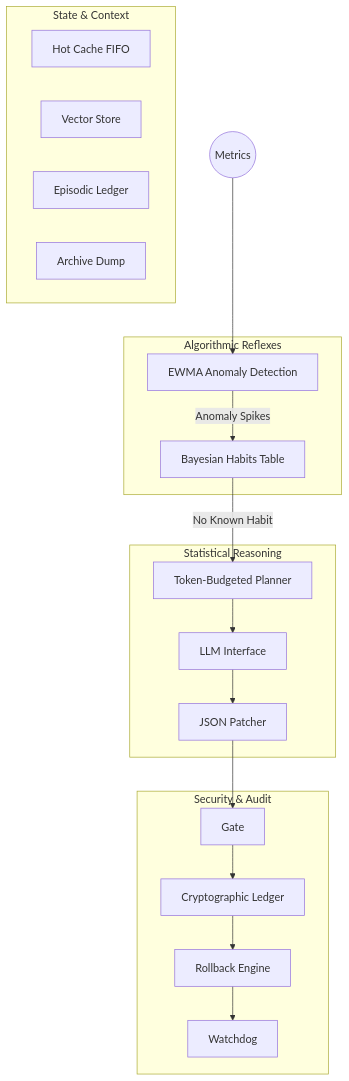
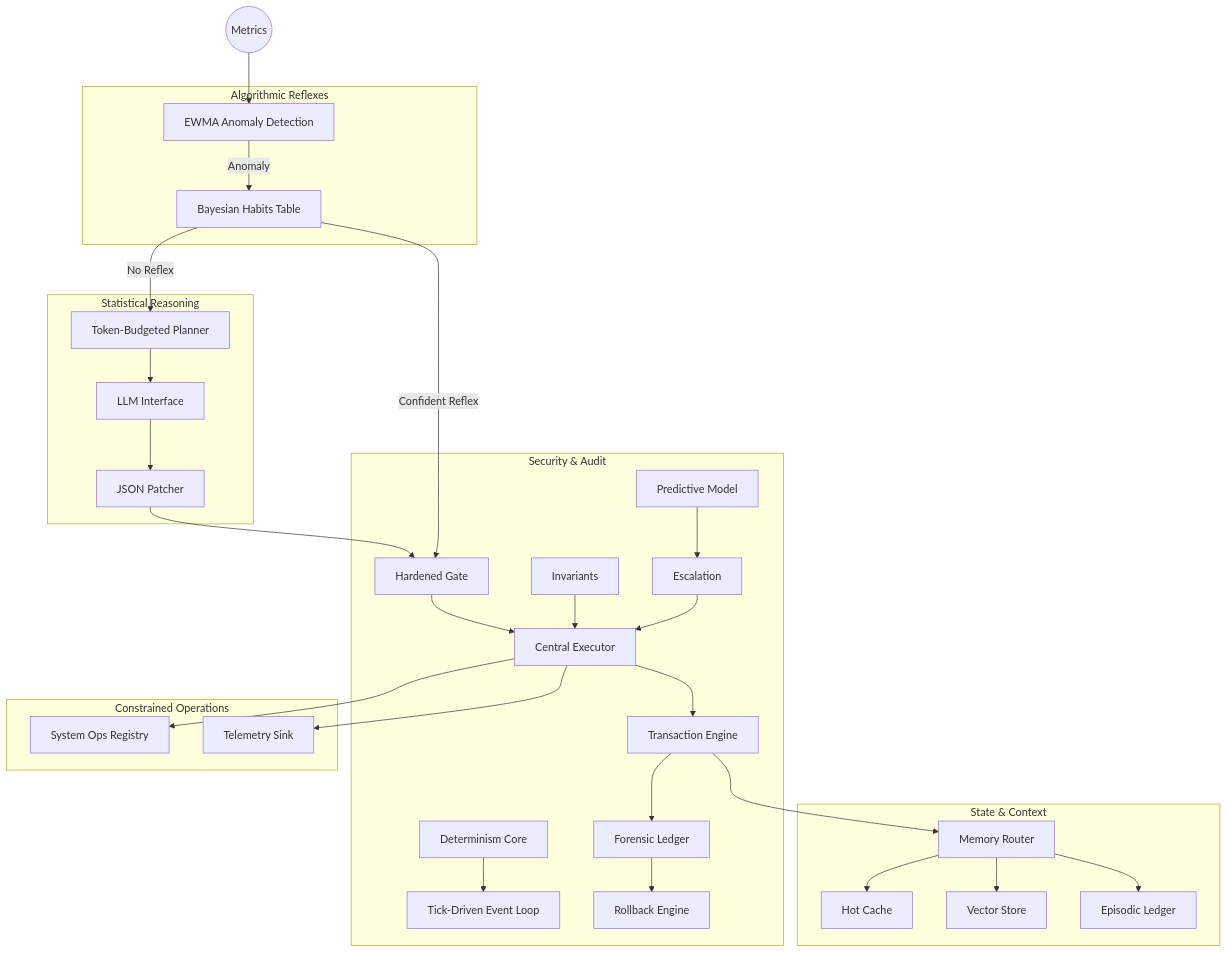
Before and after one commit to dawsonblock/Dev-bot: the diagram in README.md, drawn with Mermaid. The commit also changed other lines of this file and 52 other files, not shown here.

````diff
--- a/README.md
+++ b/README.md
@@ -25,33 +29,45 @@
 ```mermaid
 graph TD
     subgraph Kernel [Security & Audit]
-        G[Gate] --> L[Cryptographic Ledger]
+        DET[Determinism Core] --> EL[Tick-Driven Event Loop]
+        G[Hardened Gate] --> EX[Central Executor]
+        EX --> TXN[Transaction Engine]
+        TXN --> L[Forensic Ledger]
         L --> R[Rollback Engine]
-        R --> W[Watchdog]
+        INV[Invariants] --> EX
+        ESC[Escalation] --> EX
+        PRED[Predictive Model] --> ESC
     end
 
     subgraph Memory [State & Context]
-        HC[Hot Cache FIFO]
-        VS[Vector Store]
-        EL[Episodic Ledger]
-        Arc[Archive Dump]
+        MR[Memory Router]
+        MR --> HC[Hot Cache]
+        MR --> VS[Vector Store]
+        MR --> EP[Episodic Ledger]
     end
 
     subgraph Sparse [Algorithmic Reflexes]
         A[EWMA Anomaly Detection]
         H[Bayesian Habits Table]
     end
 
     subgraph Dense [Statistical Reasoning]
         LLM[LLM Interface]
         P[Token-Budgeted Planner]
         Pt[JSON Patcher]
     end
-    
+
+    subgraph Tools [Constrained Operations]
+        SO[System Ops Registry]
+        TEL[Telemetry Sink]
+    end
+
     Metrics((Metrics)) --> A
-    A -- "Anomaly Spikes" --> H
-    H -- "No Known Habit" --> P
-    P --> LLM
-    LLM --> Pt
-    Pt --> G
+    A -- "Anomaly" --> H
+    H -- "No Reflex" --> P
+    P --> LLM --> Pt --> G
+    H -- "Confident Reflex" --> G
+    EX --> SO
+    EX --> TEL
+    TXN --> MR
 ```
````
